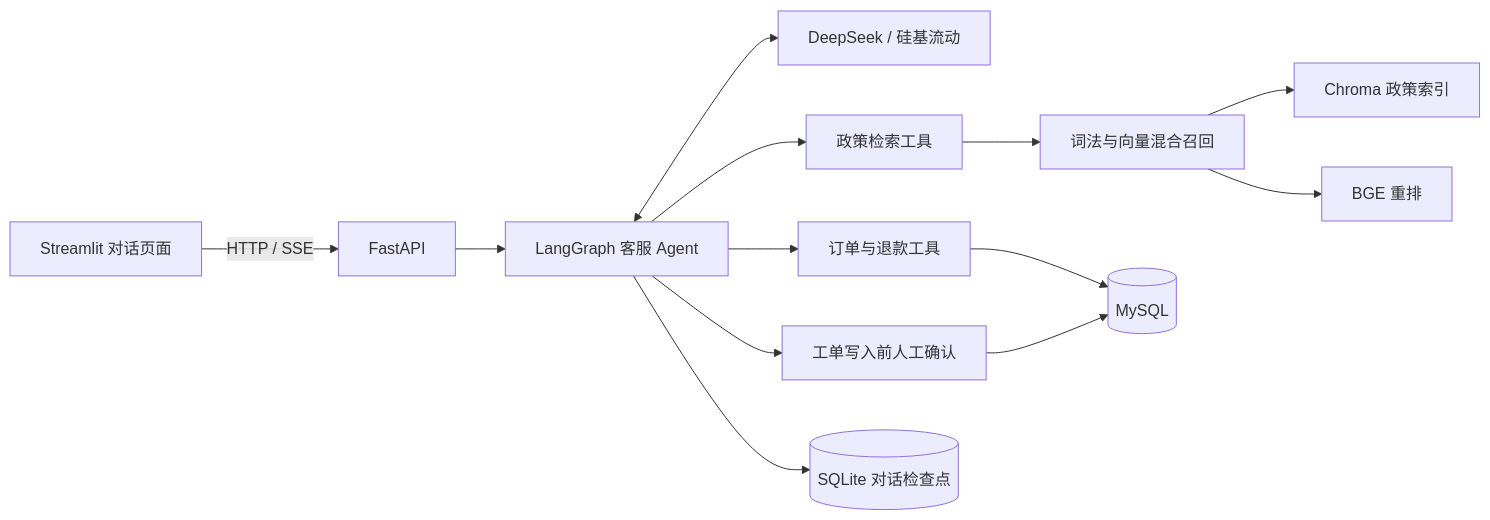
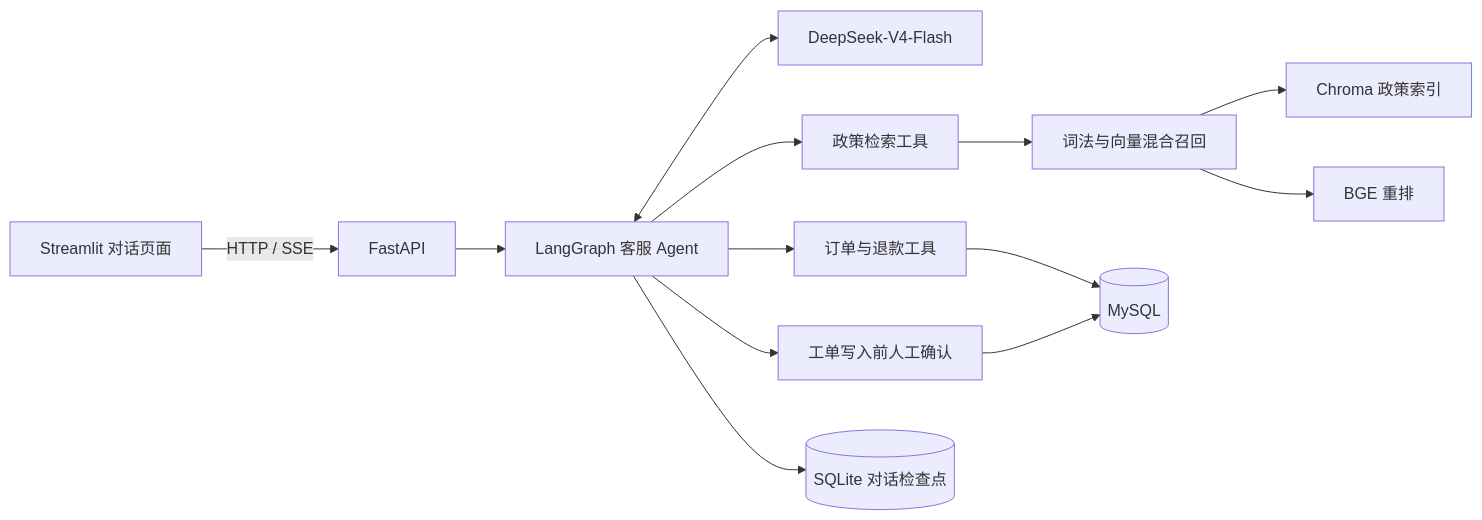
Before and after one commit to 819-Aa/ecommerce-support-agent: the diagram in README.md, drawn with Mermaid. The commit also changed other lines of this file and 1 other file, not shown here.

````diff
--- a/README.md
+++ b/README.md
@@ -27,15 +27,15 @@
 ```mermaid
 flowchart LR
     UI[Streamlit 对话页面] -->|HTTP / SSE| API[FastAPI]
     API --> Agent[LangGraph 客服 Agent]
-    Agent <--> LLM[DeepSeek / 硅基流动]
+    Agent <--> LLM[DeepSeek-V4-Flash]
     Agent --> Policy[政策检索工具]
     Policy --> Hybrid[词法与向量混合召回]
     Hybrid --> Chroma[Chroma 政策索引]
     Hybrid --> Rerank[BGE 重排]
     Agent --> Read[订单与退款工具]
     Read --> DB[(MySQL)]
     Agent --> Confirm[工单写入前人工确认]
     Confirm --> DB
     Agent --> State[(SQLite 对话检查点)]
 ```
````
